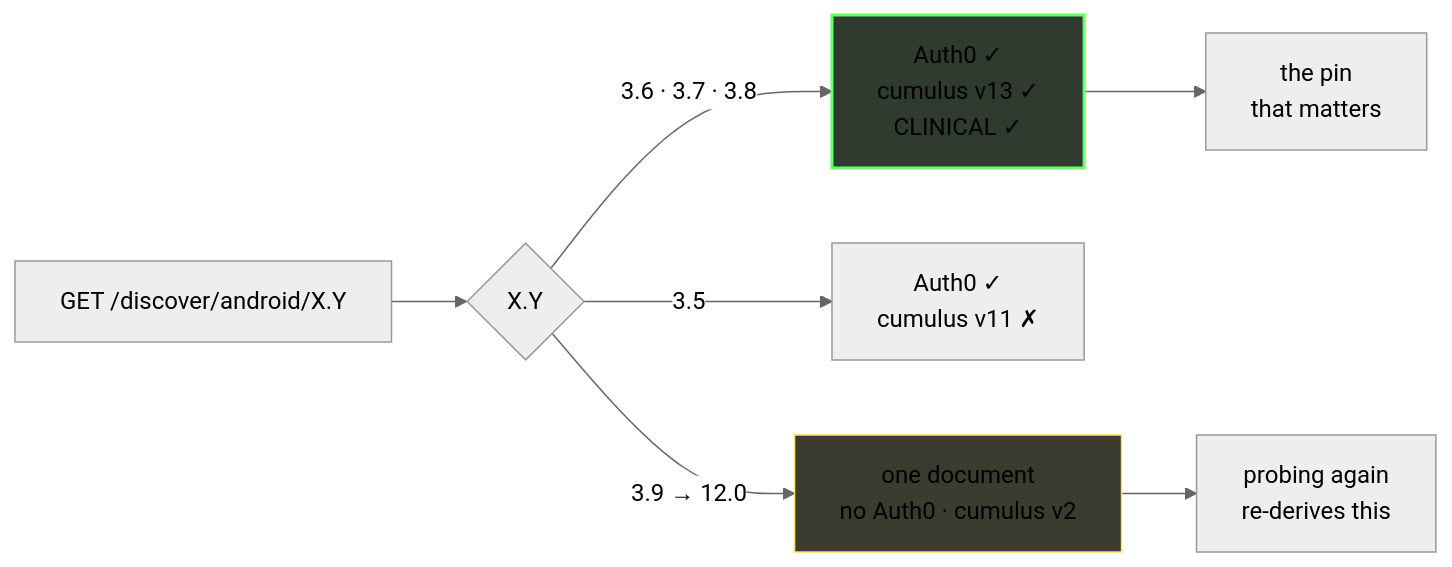
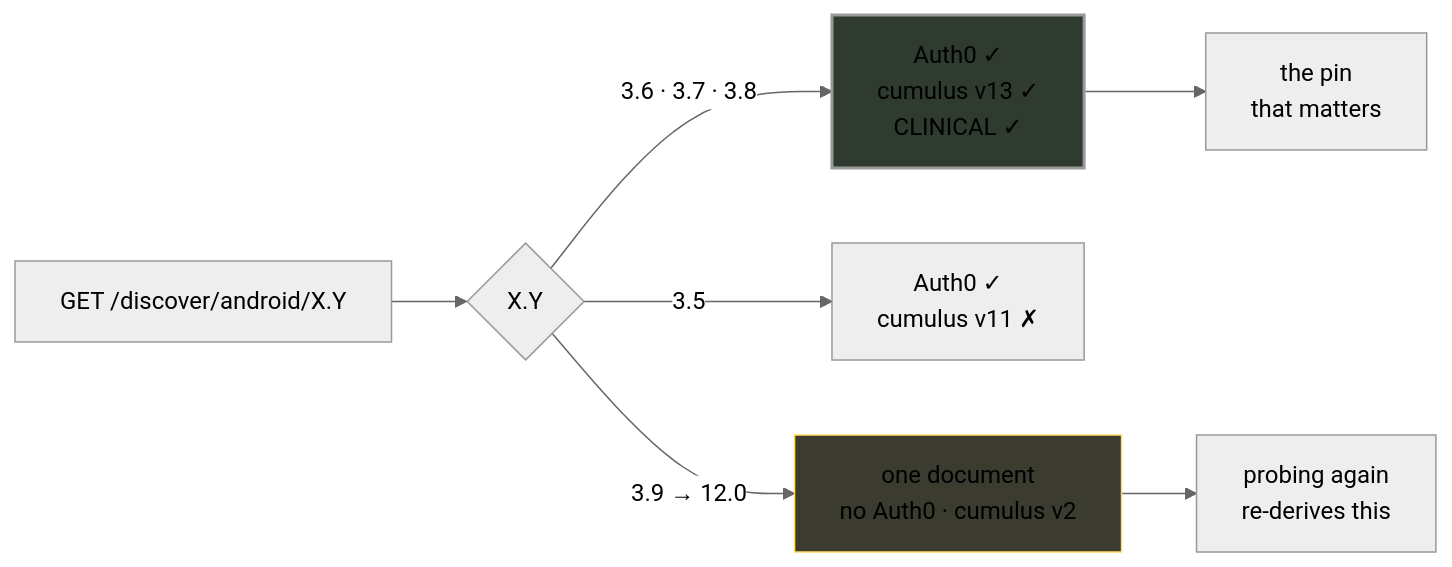
One commit to NovaLux12/carelink-api-research changed the first of 4 diagrams in README.md. Above: the diagram before and after it, drawn with Mermaid (neutral theme). The commit also changed other lines of this file and 1 other file, not shown here.

````diff
--- a/README.md
+++ b/README.md
@@ -42,11 +83,11 @@
 ```mermaid
 flowchart LR
     A["GET /discover/android/X.Y"] --> B{X.Y}
     B -->|"3.6 · 3.7 · 3.8"| C["Auth0 ✓<br/>cumulus v13 ✓<br/>CLINICAL ✓"]
     B -->|"3.5"| D["Auth0 ✓<br/>cumulus v11 ✗"]
     B -->|"3.9 → 12.0"| E["one document<br/>no Auth0 · cumulus v2"]
     C --> F["the pin<br/>that matters"]
     E --> G["probing again<br/>re-derives this"]
-    style C fill:#2f3b2f,stroke:#6f6,stroke-width:2px
+    style C fill:#2f3b2f,stroke:#6f,stroke-width:2px
     style E fill:#3b3b2f,stroke:#fd6
 ```
````
